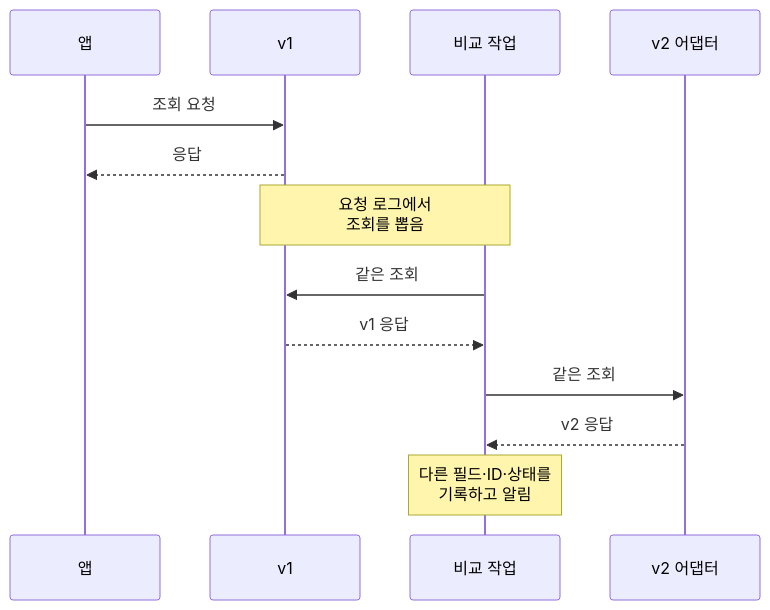
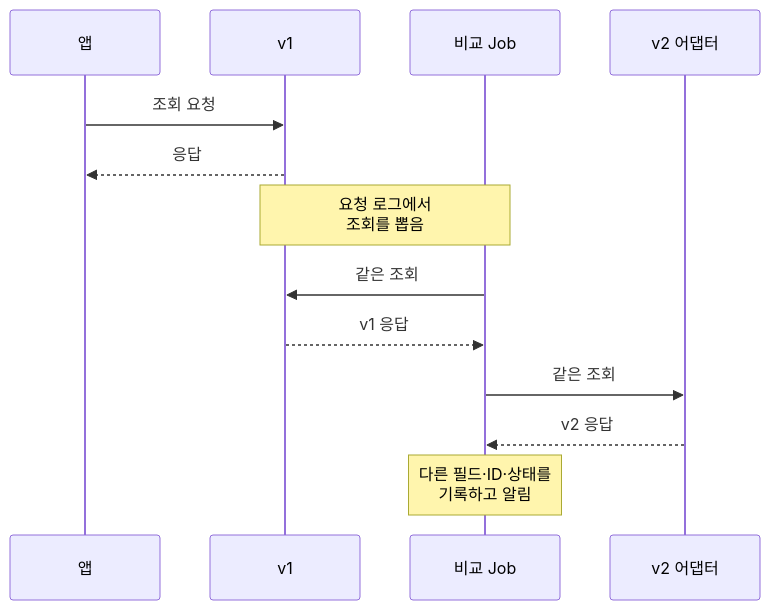
Before and after one commit to oownahcohc/oownahcohc.github.io: diagram 13 of 15 in src/content/blog/strangler-fig-redesign.md, drawn with Mermaid. The commit also changed other lines of this file, not shown here.

First line of the commit message:
Strangler Fig 글의 회원 분리 절을 사례별 도표로 다시 쓴다

````diff
--- a/src/content/blog/strangler-fig-redesign.md
+++ b/src/content/blog/strangler-fig-redesign.md
@@ -334,16 +461,16 @@
 ```mermaid
 %%{init: {"sequence": {"diagramMarginX": 10}}}%%
 sequenceDiagram
     participant App as 앱
     participant V1 as v1
-    participant Job as 비교 작업
+    participant Job as 비교 Job
     participant V2 as v2 어댑터
     App->>V1: 조회 요청
     V1-->>App: 응답
     Note over V1,Job: 요청 로그에서<br/>조회를 뽑음
     Job->>V1: 같은 조회
     V1-->>Job: v1 응답
     Job->>V2: 같은 조회
     V2-->>Job: v2 응답
     Note over Job: 다른 필드·ID·상태를<br/>기록하고 알림
 ```
````
